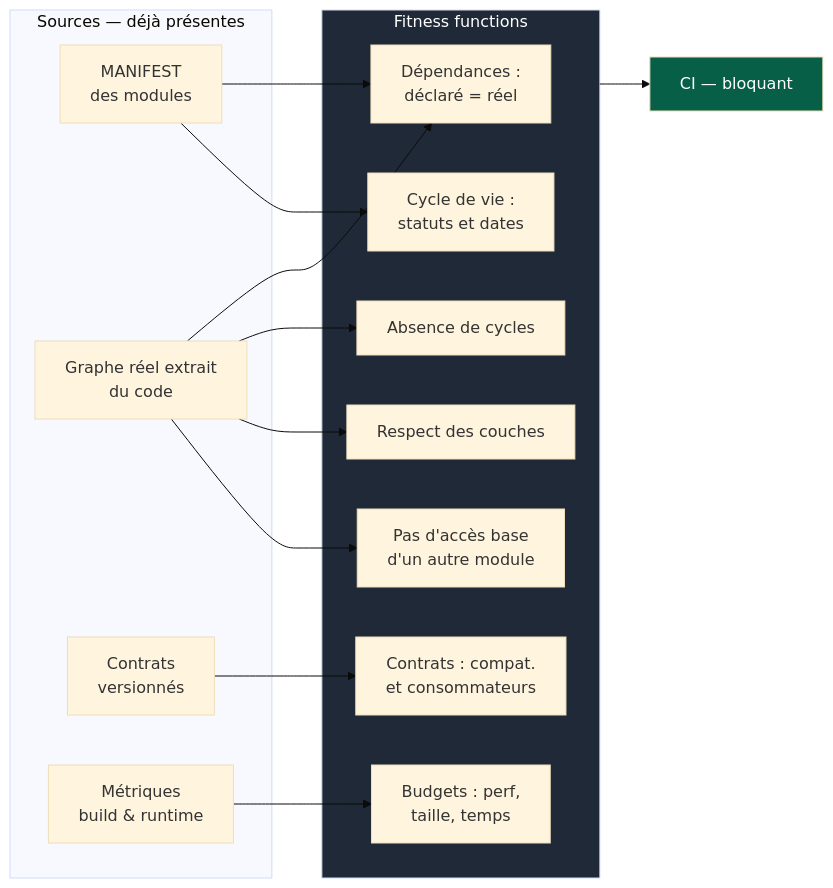
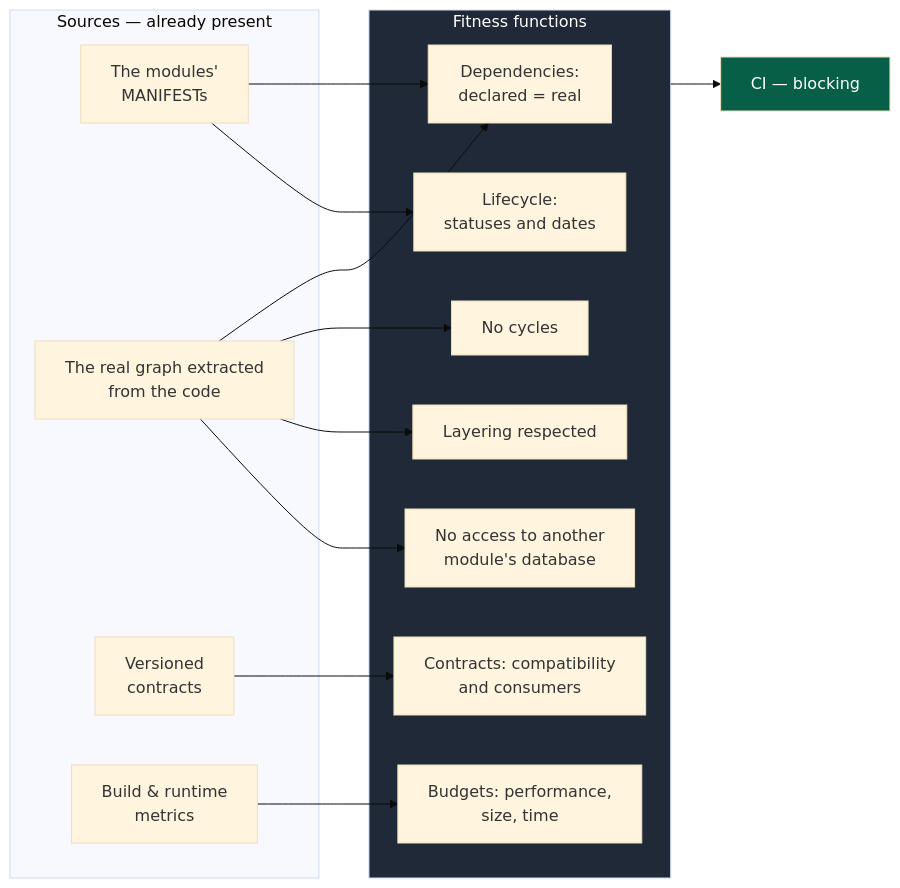
The second of 4 diagrams in skeleton/docs/os/07-governance.md (NapkinStack/engineering-os), drawn with Mermaid (base theme) before and after one commit. The commit also changed other lines of this file, not shown here.

````diff
--- a/skeleton/docs/os/07-governance.md
+++ b/skeleton/docs/os/07-governance.md
@@ -67,33 +70,33 @@
 ```mermaid
 flowchart LR
-    subgraph SRC["Sources — déjà présentes"]
-        S1["MANIFEST<br/>des modules"]
-        S2["Graphe réel extrait<br/>du code"]
-        S3["Contrats<br/>versionnés"]
-        S4["Métriques<br/>build & runtime"]
+    subgraph SRC["Sources — already present"]
+        S1["The modules'<br/>MANIFESTs"]
+        S2["The real graph extracted<br/>from the code"]
+        S3["Versioned<br/>contracts"]
+        S4["Build & runtime<br/>metrics"]
     end
 
     subgraph FF["Fitness functions"]
-        F1["Dépendances :<br/>déclaré = réel"]
-        F2["Absence de cycles"]
-        F3["Respect des couches"]
-        F4["Pas d'accès base<br/>d'un autre module"]
-        F5["Contrats : compat.<br/>et consommateurs"]
-        F6["Budgets : perf,<br/>taille, temps"]
-        F7["Cycle de vie :<br/>statuts et dates"]
+        F1["Dependencies:<br/>declared = real"]
+        F2["No cycles"]
+        F3["Layering respected"]
+        F4["No access to another<br/>module's database"]
+        F5["Contracts: compatibility<br/>and consumers"]
+        F6["Budgets: performance,<br/>size, time"]
+        F7["Lifecycle:<br/>statuses and dates"]
     end
 
     S1 --> F1
     S2 --> F1
     S2 --> F2
     S2 --> F3
     S2 --> F4
     S3 --> F5
     S1 --> F7
     S4 --> F6
 
-    FF --> CI["CI — bloquant"]
+    FF --> CI["CI — blocking"]
 
     style CI fill:#065f46,color:#fff
     style FF fill:#1f2937,color:#fff
 ```
````
